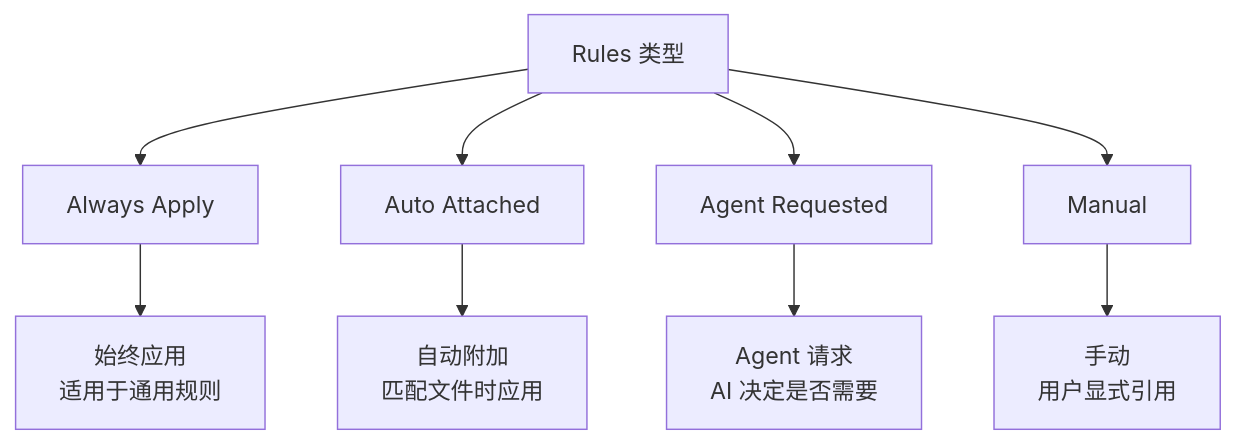
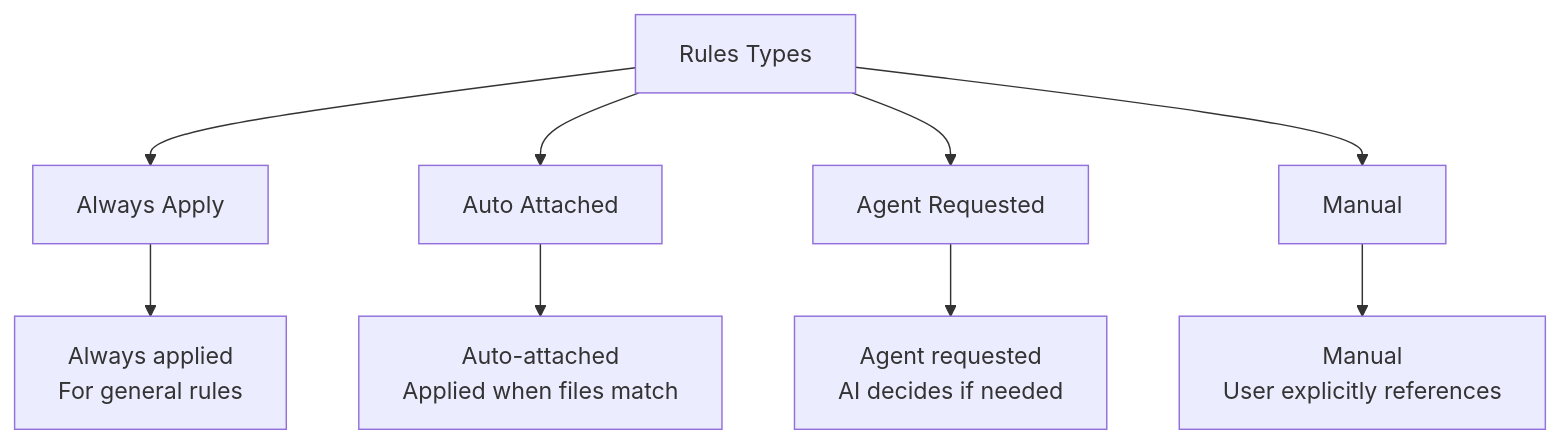
One commit to DDR187/cursor-howto changed the sixth of 6 diagrams in 02-rules/README.md. Above: the diagram before and after it, drawn with Mermaid. The commit also changed other lines of this file and 22 other files, not shown here.

````diff
--- a/02-rules/README.md
+++ b/02-rules/README.md
@@ -275,12 +275,12 @@
 ```mermaid
 flowchart TB
-    A[Rules 类型] --> B[Always Apply]
+    A[Rules Types] --> B[Always Apply]
     A --> C[Auto Attached]
     A --> D[Agent Requested]
     A --> E[Manual]
     
-    B --> B1["始终应用<br/>适用于通用规则"]
-    C --> C1["自动附加<br/>匹配文件时应用"]
-    D --> D1["Agent 请求<br/>AI 决定是否需要"]
-    E --> E1["手动<br/>用户显式引用"]
+    B --> B1["Always applied<br/>For general rules"]
+    C --> C1["Auto-attached<br/>Applied when files match"]
+    D --> D1["Agent requested<br/>AI decides if needed"]
+    E --> E1["Manual<br/>User explicitly references"]
 ```
````
